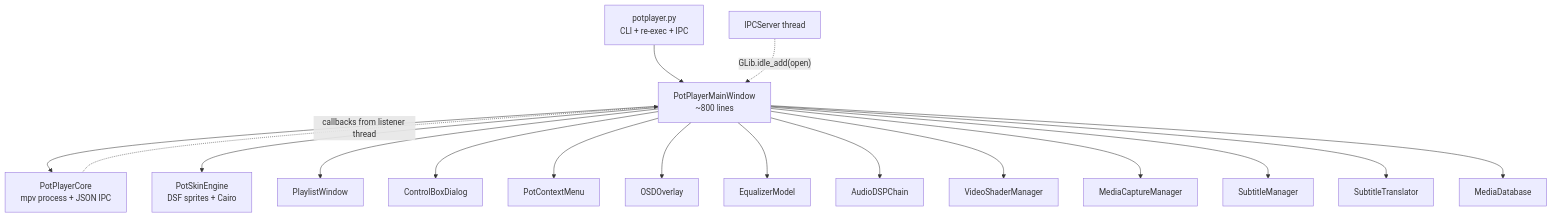
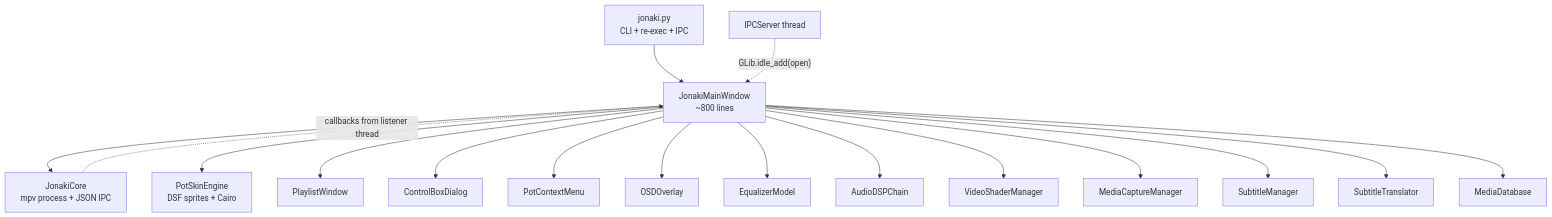
One commit to ashikbits/JonakiPlayer changed the diagram in PROJECT_AUDIT.md. Above: the diagram before and after it, drawn with Mermaid. The commit also changed other lines of this file and 64 other files, not shown here.

````diff
--- a/PROJECT_AUDIT.md
+++ b/PROJECT_AUDIT.md
@@ -476,19 +476,19 @@
 ```mermaid
 flowchart TD
-    CLI["potplayer.py<br/>CLI + re-exec + IPC"] --> WIN["PotPlayerMainWindow<br/>~800 lines"]
-    WIN --> CORE["PotPlayerCore<br/>mpv process + JSON IPC"]
+    CLI["jonaki.py<br/>CLI + re-exec + IPC"] --> WIN["JonakiMainWindow<br/>~800 lines"]
+    WIN --> CORE["JonakiCore<br/>mpv process + JSON IPC"]
     WIN --> SKIN["PotSkinEngine<br/>DSF sprites + Cairo"]
     WIN --> PLAYLIST["PlaylistWindow"]
     WIN --> CTRL["ControlBoxDialog"]
     WIN --> MENU["PotContextMenu"]
     WIN --> OSD["OSDOverlay"]
     WIN --> EQ["EqualizerModel"]
     WIN --> DSP["AudioDSPChain"]
     WIN --> SHADERS["VideoShaderManager"]
     WIN --> CAPTURE["MediaCaptureManager"]
     WIN --> SUB["SubtitleManager"]
     WIN --> TRANS["SubtitleTranslator"]
     WIN --> DB["MediaDatabase"]
     CORE -. "callbacks from listener thread" .-> WIN
     IPCS["IPCServer thread"] -. "GLib.idle_add(open)" .-> WIN
 ```
````
